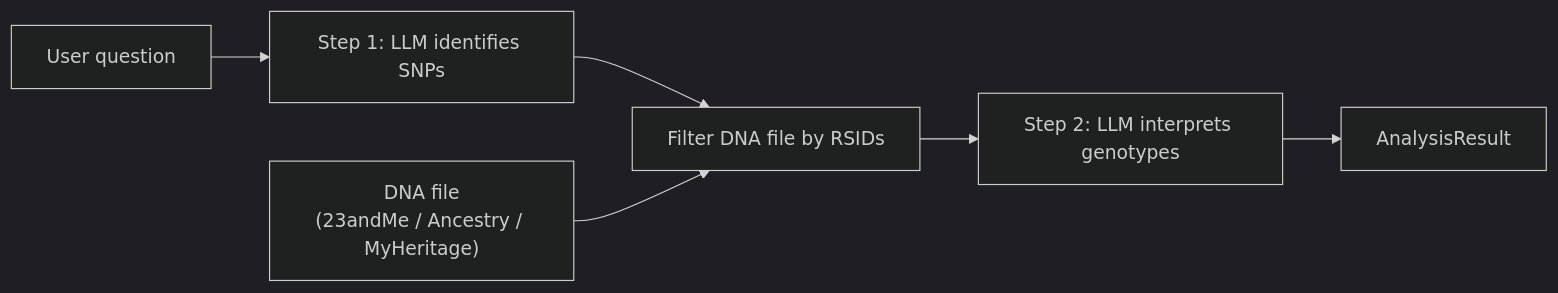
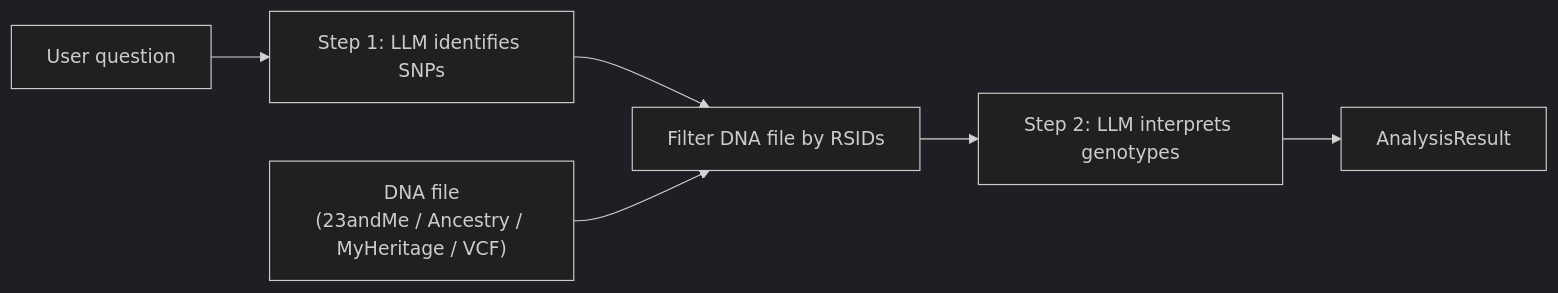
The diagram in README.md (ice1x/DNA_RAG), drawn with Mermaid (dark theme) before and after one commit. The commit also changed other lines of this file, not shown here.

````diff
--- a/README.md
+++ b/README.md
@@ -12,9 +111,9 @@
 ```mermaid
 graph LR
     Q["User question"] --> S1["Step 1: LLM identifies SNPs"]
     S1 --> F["Filter DNA file by RSIDs"]
     F --> S2["Step 2: LLM interprets genotypes"]
     S2 --> R["AnalysisResult"]
 
-    DNA["DNA file<br/>(23andMe / Ancestry / MyHeritage)"] --> F
+    DNA["DNA file<br/>(23andMe / Ancestry / MyHeritage / VCF)"] --> F
 ```
````
